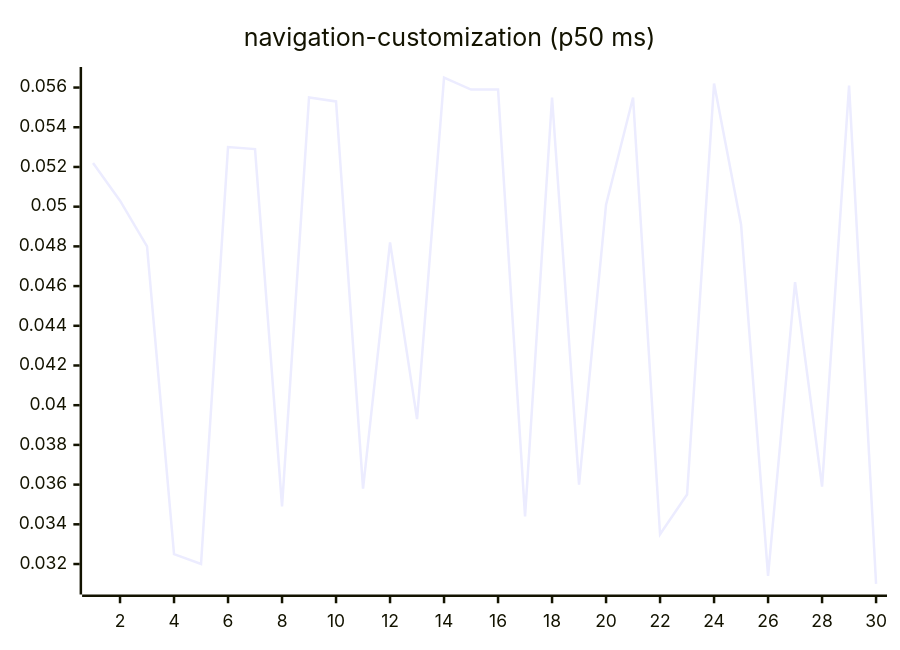
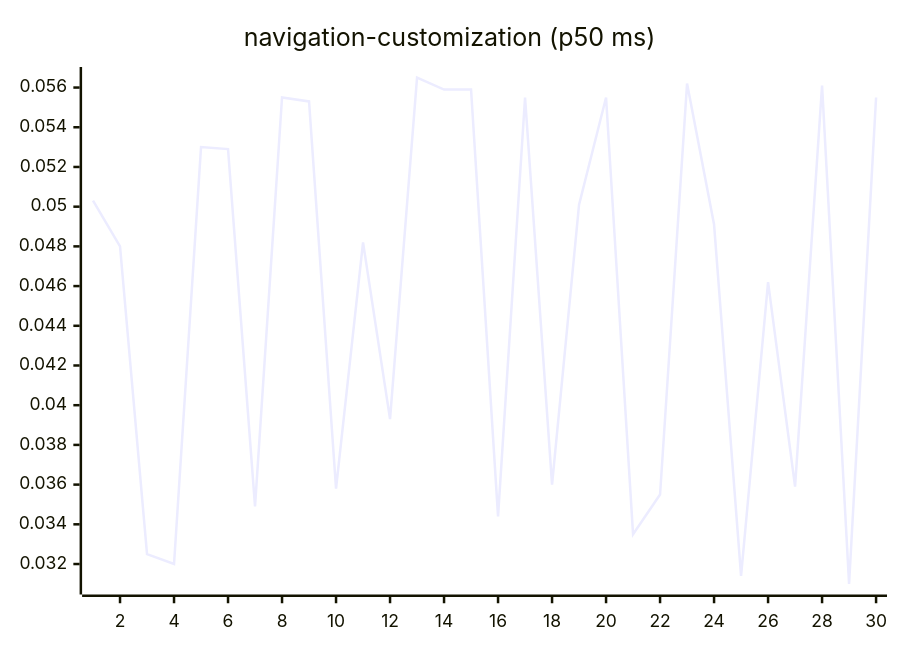
One commit to josha/Facet changed diagram 15 of 27 in README.md. Above: the diagram before and after it, drawn with Mermaid. The commit also changed other lines of this file and 2 other files, not shown here.

````diff
--- a/README.md
+++ b/README.md
@@ -161,6 +161,6 @@
 ```mermaid
 xychart-beta
     title "navigation-customization (p50 ms)"
     x-axis 1 --> 30
-    line [0.0522, 0.0503, 0.0480, 0.0325, 0.0320, 0.0530, 0.0529, 0.0349, 0.0555, 0.0553, 0.0358, 0.0482, 0.0393, 0.0565, 0.0559, 0.0559, 0.0344, 0.0555, 0.0360, 0.0501, 0.0555, 0.0335, 0.0355, 0.0562, 0.0491, 0.0314, 0.0462, 0.0359, 0.0561, 0.0310]
+    line [0.0503, 0.0480, 0.0325, 0.0320, 0.0530, 0.0529, 0.0349, 0.0555, 0.0553, 0.0358, 0.0482, 0.0393, 0.0565, 0.0559, 0.0559, 0.0344, 0.0555, 0.0360, 0.0501, 0.0555, 0.0335, 0.0355, 0.0562, 0.0491, 0.0314, 0.0462, 0.0359, 0.0561, 0.0310, 0.0555]
 ```
````
